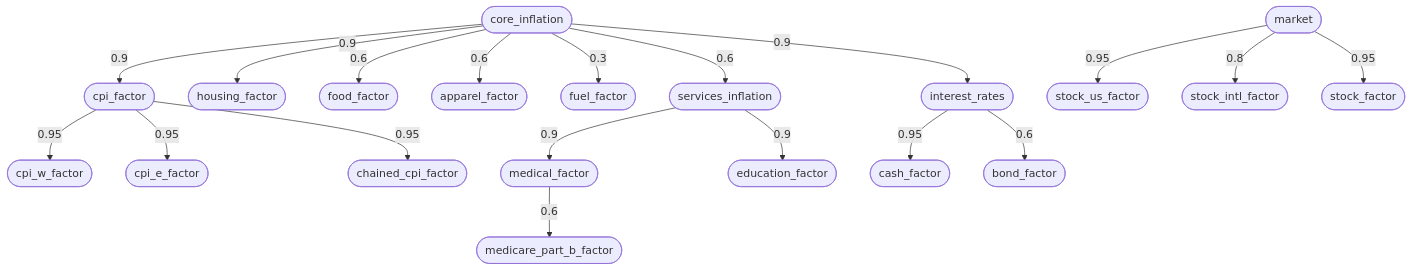
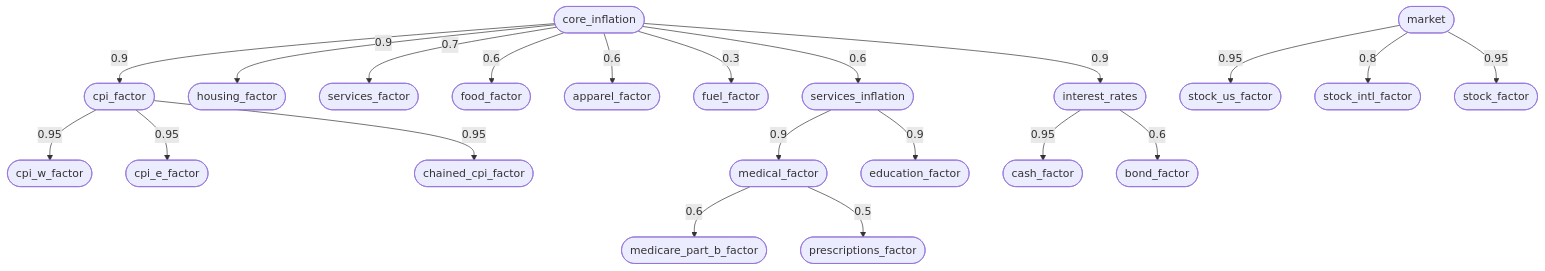
Before and after one commit to BobKerns/analysis: the second of 2 diagrams in docs/guides/historical-calibration.md, drawn with Mermaid. The commit also changed other lines of this file and 18 other files, not shown here.

First line of the commit message:
Add services and prescriptions series and a t_empty root to the templates (#282)

````diff
--- a/docs/guides/historical-calibration.md
+++ b/docs/guides/historical-calibration.md
@@ -604,21 +611,23 @@
 ```mermaid
 flowchart TB
     core(["core_inflation"]) -->|0.9| cpi(["cpi_factor"])
     cpi -->|0.95| cpi_w(["cpi_w_factor"])
     cpi -->|0.95| cpi_e(["cpi_e_factor"])
     cpi -->|0.95| chained(["chained_cpi_factor"])
     core -->|0.9| housing(["housing_factor"])
+    core -->|0.7| services_all(["services_factor"])
     core -->|0.6| food(["food_factor"])
     core -->|0.6| apparel(["apparel_factor"])
     core -->|0.3| fuel(["fuel_factor"])
     core -->|0.6| services(["services_inflation"])
     services -->|0.9| medical(["medical_factor"])
     services -->|0.9| education(["education_factor"])
     medical -->|0.6| part_b(["medicare_part_b_factor"])
+    medical -->|0.5| rx(["prescriptions_factor"])
     core -->|0.9| rates(["interest_rates"])
     rates -->|0.95| cash(["cash_factor"])
     rates -->|0.6| bond(["bond_factor"])
     market(["market"]) -->|0.95| stock_us(["stock_us_factor"])
     market -->|0.8| stock_intl(["stock_intl_factor"])
     market -->|0.95| stock(["stock_factor"])
 ```
````
